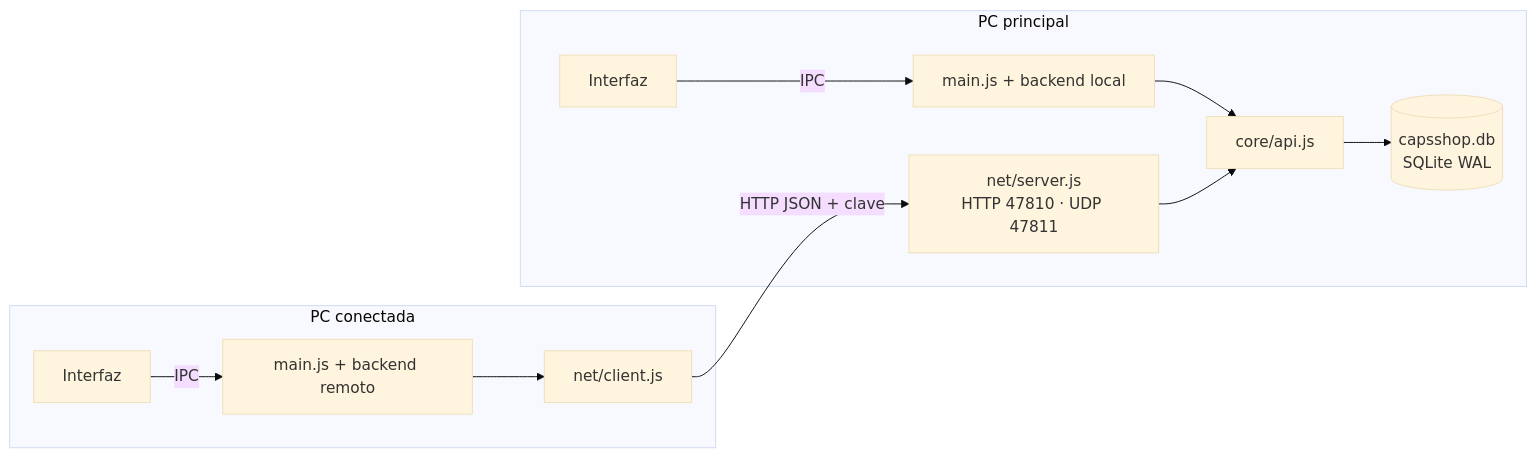
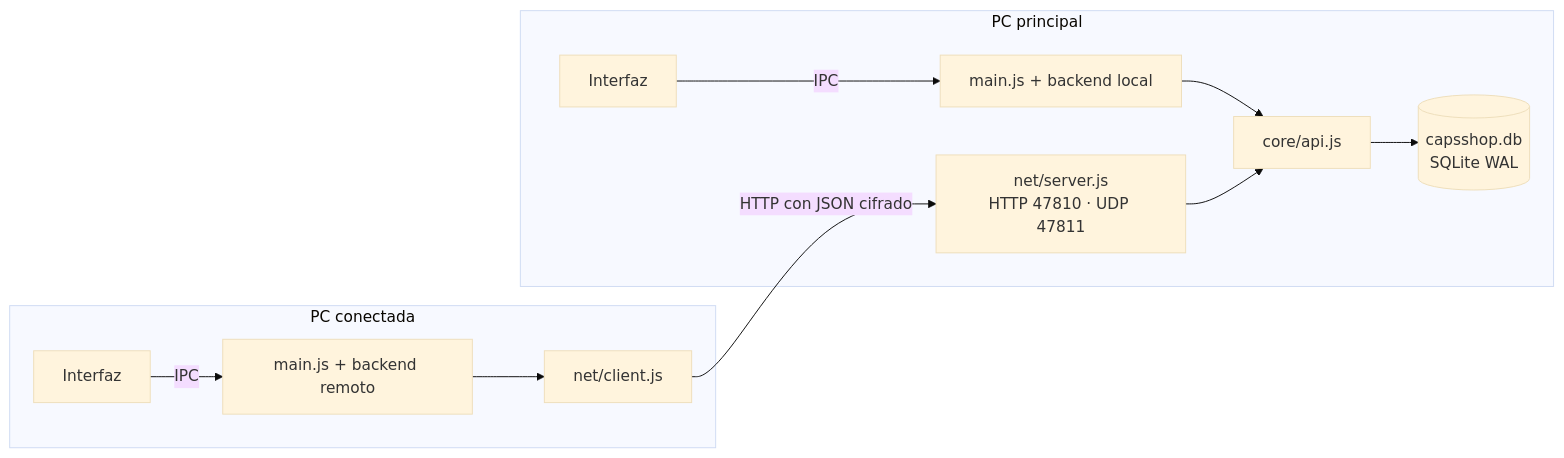
Before and after one commit to kelvinjose14/CS-SHOP: the diagram in docs/tecnico/red.md, drawn with Mermaid (base theme). The commit also changed other lines of this file and 24 other files, not shown here.

````diff
--- a/docs/tecnico/red.md
+++ b/docs/tecnico/red.md
@@ -9,14 +9,14 @@
 ```mermaid
 flowchart LR
   subgraph P[PC principal]
     UIP[Interfaz] -->|IPC| MP[main.js + backend local]
     MP --> API[core/api.js]
     SRV[net/server.js<br/>HTTP 47810 · UDP 47811] --> API
     API --> DB[(capsshop.db<br/>SQLite WAL)]
   end
   subgraph T[PC conectada]
     UIT[Interfaz] -->|IPC| MT[main.js + backend remoto]
     MT --> CLI[net/client.js]
   end
-  CLI -->|HTTP JSON + clave| SRV
+  CLI -->|HTTP con JSON cifrado| SRV
 ```
````
